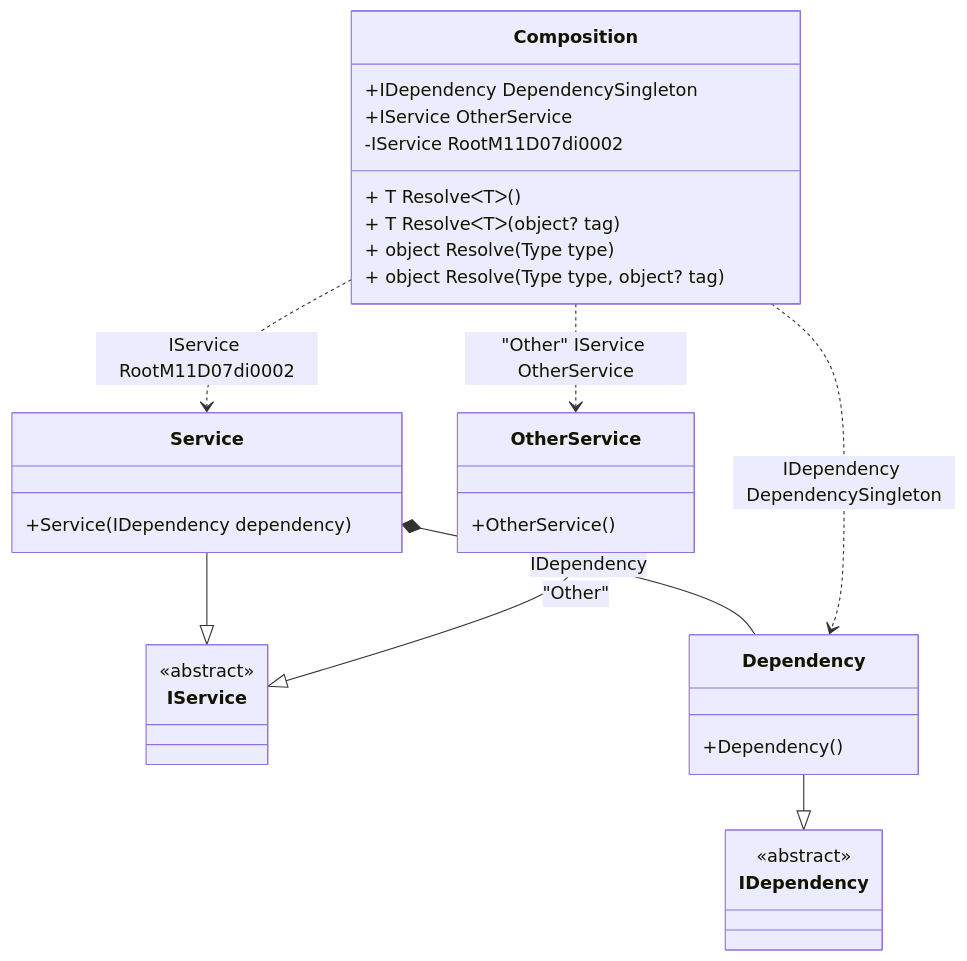
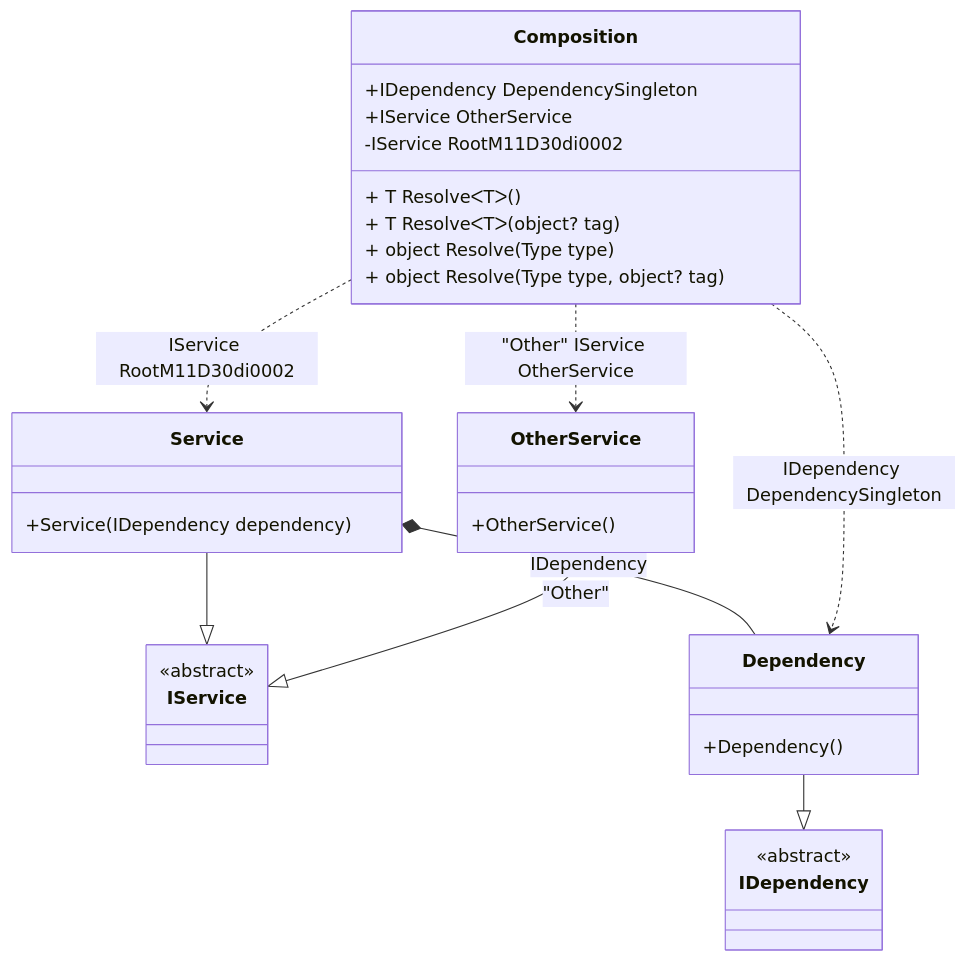
The diagram in readme/resolve-methods.md (DevTeam/Pure.DI), drawn with Mermaid before and after one commit. The commit also changed other lines of this file and 70 other files, not shown here.

````diff
--- a/readme/resolve-methods.md
+++ b/readme/resolve-methods.md
@@ -47,34 +47,34 @@
 ```mermaid
 classDiagram
   class Composition {
     +IDependency DependencySingleton
     +IService OtherService
-    -IService RootM11D07di0002
+    -IService RootM11D30di0002
     + T ResolveᐸTᐳ()
     + T ResolveᐸTᐳ(object? tag)
     + object Resolve(Type type)
     + object Resolve(Type type, object? tag)
   }
   Service --|> IService : 
   class Service {
     +Service(IDependency dependency)
   }
   Dependency --|> IDependency : 
   class Dependency {
     +Dependency()
   }
   OtherService --|> IService : "Other" 
   class OtherService {
     +OtherService()
   }
   class IService {
     <<abstract>>
   }
   class IDependency {
     <<abstract>>
   }
   Service *--  Dependency : IDependency
   Composition ..> Dependency : IDependency DependencySingleton
-  Composition ..> Service : IService RootM11D07di0002
+  Composition ..> Service : IService RootM11D30di0002
   Composition ..> OtherService : "Other" IService OtherService
 ```
````
